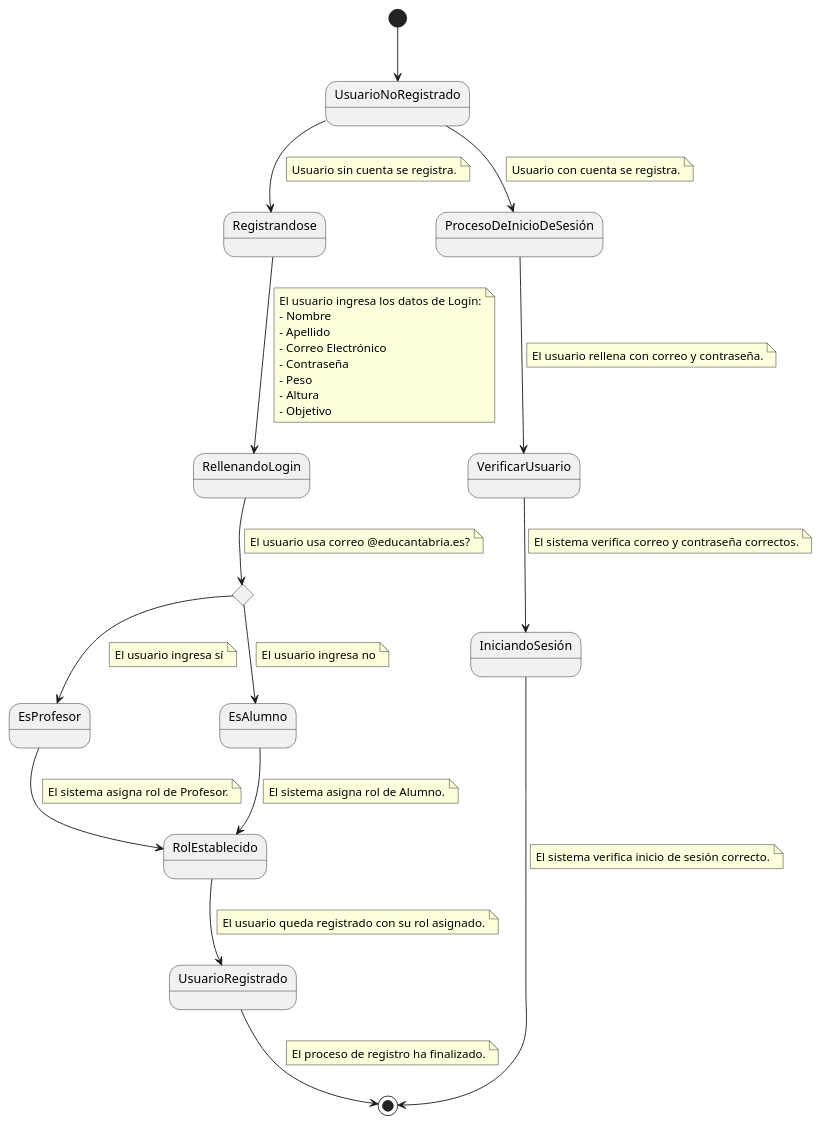
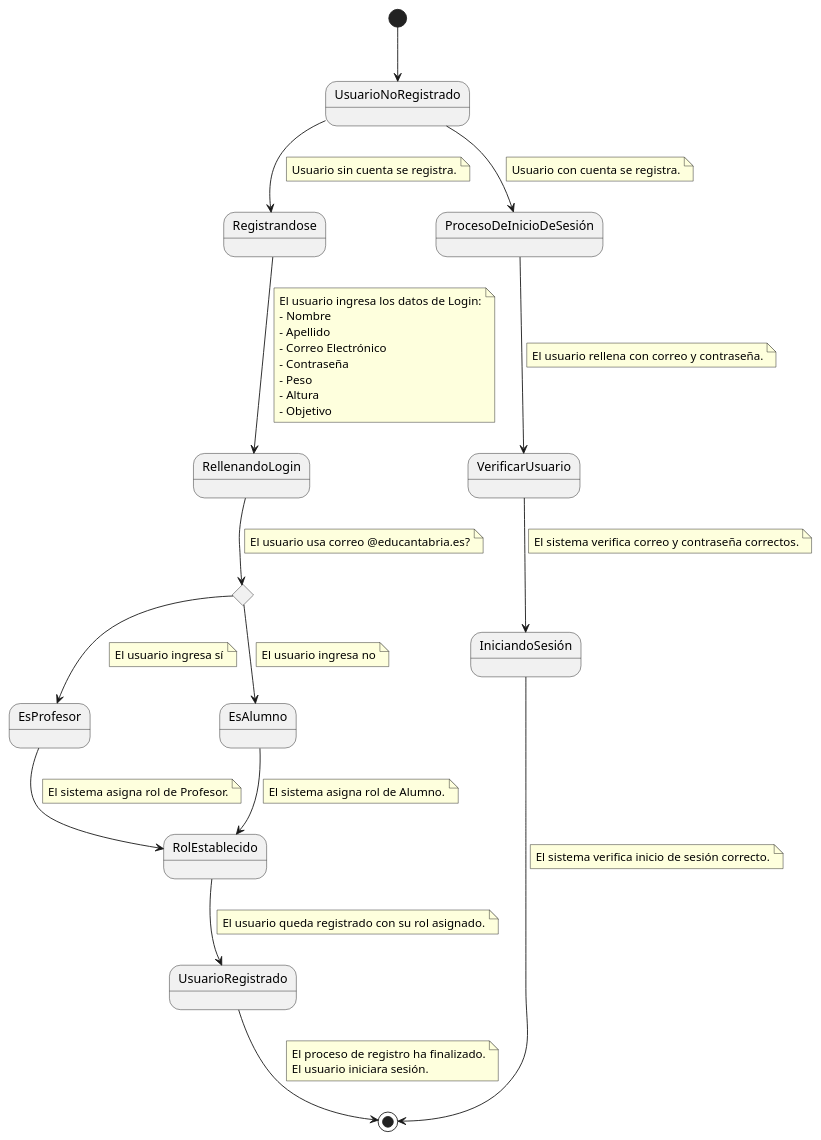
The diagram in Documentos/DetallarCasosDeUso/Registrarse.puml (mmasias/24-25-IdSw1-SDR), drawn with PlantUML before and after one commit. The commit also changed other lines of this file and 5 other files, not shown here.

```diff
--- a/Documentos/DetallarCasosDeUso/Registrarse.puml
+++ b/Documentos/DetallarCasosDeUso/Registrarse.puml
@@ -1,77 +1,79 @@
 @startuml
 
   [*] --> UsuarioNoRegistrado
   UsuarioNoRegistrado --> Registrandose
   note on link
     Usuario sin cuenta se registra.
   end note
 
   UsuarioNoRegistrado --> ProcesoDeInicioDeSesión
   note on link
     Usuario con cuenta se registra.
   end note
 
   Registrandose --> RellenandoLogin
   note on link
     El usuario ingresa los datos de Login:
     - Nombre
     - Apellido
     - Correo Electrónico
     - Contraseña
     - Peso
     - Altura
     - Objetivo
   end note
   
   state rombo <<choice>>
   RellenandoLogin --> rombo
   note on link
     El usuario usa correo @educantabria.es?
   end note
   
   rombo --> EsProfesor
   note on link
     El usuario ingresa sí
   end note
   
   rombo --> EsAlumno
   note on link
     El usuario ingresa no
   end note
 
   EsAlumno --> RolEstablecido
   note on link
     El sistema asigna rol de Alumno.
   end note
   
   EsProfesor --> RolEstablecido
   note on link
     El sistema asigna rol de Profesor.
   end note
   
   RolEstablecido --> UsuarioRegistrado
   note on link
     El usuario queda registrado con su rol asignado.
   end note
   
   ProcesoDeInicioDeSesión --> VerificarUsuario
   note on link
     El usuario rellena con correo y contraseña.
   end note
   
   VerificarUsuario --> IniciandoSesión
   note on link
     El sistema verifica correo y contraseña correctos.
   end note
   
   IniciandoSesión --> [*]
   note on link
     El sistema verifica inicio de sesión correcto.
   end note
 
   UsuarioRegistrado --> [*]
   note on link
     El proceso de registro ha finalizado.
+    El usuario iniciara sesión.
   end note
+  
 
 @enduml
```
